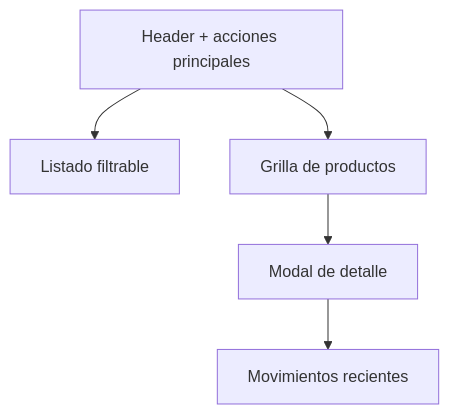
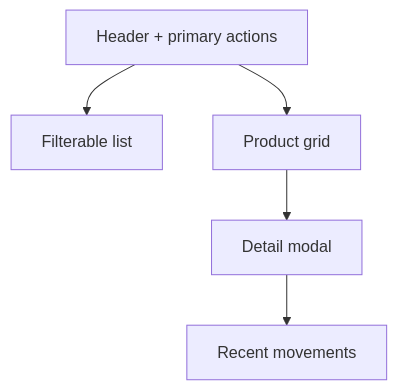
The second of 2 diagrams in workflow-manager/docs/features/PRODUCTS-001-unified-products-inventory-mock-draft.md (Machi3mfl/simple-pos), drawn with Mermaid before and after one commit. The commit also changed other lines of this file and 3 other files, not shown here.

````diff
--- a/workflow-manager/docs/features/PRODUCTS-001-unified-products-inventory-mock-draft.md
+++ b/workflow-manager/docs/features/PRODUCTS-001-unified-products-inventory-mock-draft.md
@@ -60,13 +60,13 @@
 ```mermaid
 flowchart TB
-    A[Header + acciones principales]
-    B[Listado filtrable]
-    C[Grilla de productos]
-    D[Modal de detalle]
-    E[Movimientos recientes]
+    A[Header + primary actions]
+    B[Filterable list]
+    C[Product grid]
+    D[Detail modal]
+    E[Recent movements]
 
     A --> B
     A --> C
     C --> D
     D --> E
 ```
````
